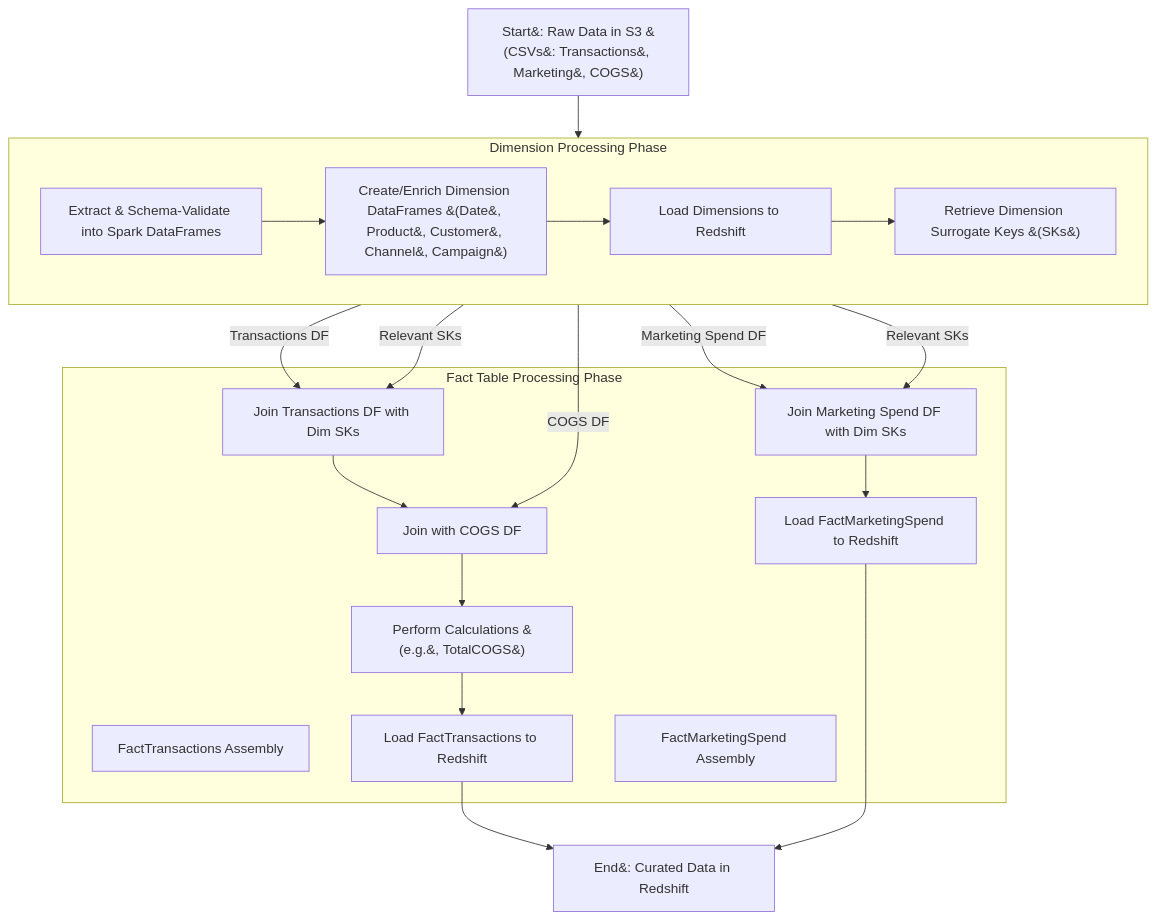
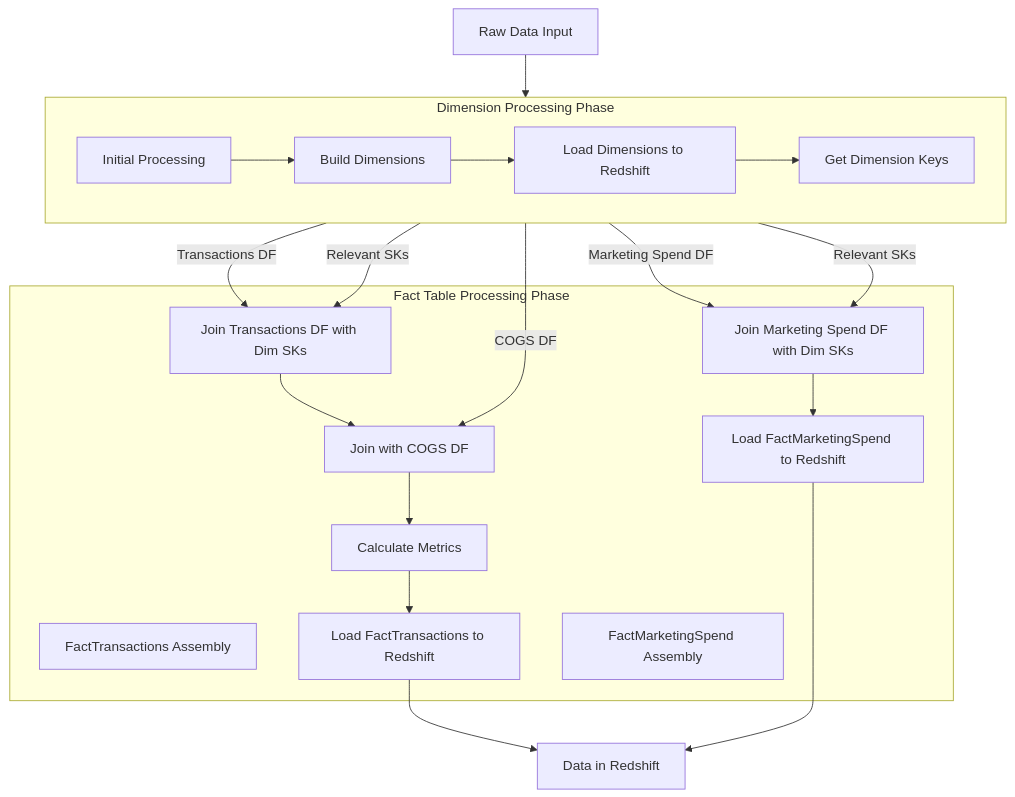
The third of 3 diagrams in README.md (Harshul-ds/AWSFinanceAnalytics), drawn with Mermaid before and after one commit. The commit also changed other lines of this file, not shown here.

Commit message:
Docs: Radically simplify ETL flowchart text for Mermaid debug

````diff
--- a/README.md
+++ b/README.md
@@ -184,29 +184,29 @@
 ```mermaid
 flowchart TD
-    A["Start&#58; Raw Data in S3 &#40;CSVs&#58; Transactions&#44; Marketing&#44; COGS&#41;"] --> B["Extract &amp; Schema-Validate into Spark DataFrames"];
+    A["Raw Data Input"] --> B["Initial Processing"];
     
     subgraph Dimension Processing Phase
         direction LR
-        B --> D_Create["Create/Enrich Dimension DataFrames &#40;Date&#44; Product&#44; Customer&#44; Channel&#44; Campaign&#41;"];
+        B --> D_Create["Build Dimensions"];
         D_Create --> D_Load["Load Dimensions to Redshift"];
-        D_Load --> D_SKs["Retrieve Dimension Surrogate Keys &#40;SKs&#41;"];
+        D_Load --> D_SKs["Get Dimension Keys"];
     end
 
     subgraph Fact Table Processing Phase
         F_Trans_Header["FactTransactions Assembly"]
         B -- Transactions DF --> F_Trans_SKs_Join;
         B -- COGS DF --> F_Trans_COGS_Join;
         D_SKs -- Relevant SKs --> F_Trans_SKs_Join;
         F_Trans_SKs_Join["Join Transactions DF with Dim SKs"] --> F_Trans_COGS_Join["Join with COGS DF"];
-        F_Trans_COGS_Join --> F_Trans_Calc["Perform Calculations &#40;e.g.&#44; TotalCOGS&#41;"];
+        F_Trans_COGS_Join --> F_Trans_Calc["Calculate Metrics"];
         F_Trans_Calc --> F_Trans_Load["Load FactTransactions to Redshift"];
 
         F_Mktg_Header["FactMarketingSpend Assembly"]
         B -- Marketing Spend DF --> F_Mktg_SKs_Join;
         D_SKs -- Relevant SKs --> F_Mktg_SKs_Join;
         F_Mktg_SKs_Join["Join Marketing Spend DF with Dim SKs"] --> F_Mktg_Load["Load FactMarketingSpend to Redshift"];
     end
 
-    F_Trans_Load --> E["End&#58; Curated Data in Redshift"];
+    F_Trans_Load --> E["Data in Redshift"];
     F_Mktg_Load  --> E;
 ```
````
